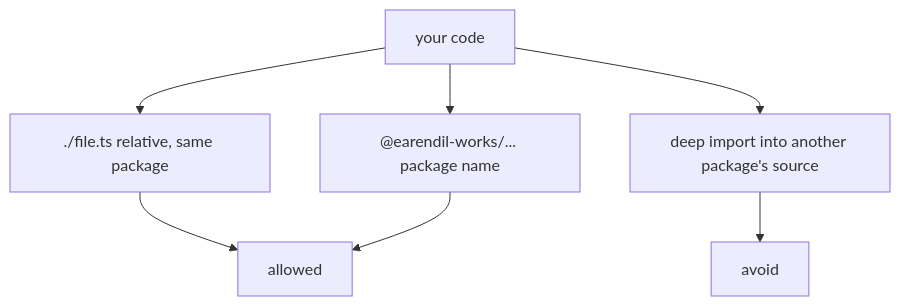
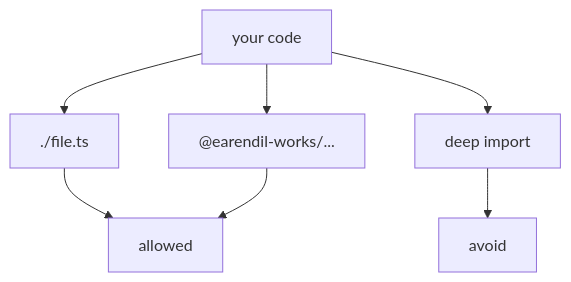
The third of 6 diagrams in developer-guide/17-typescript-foundations-workbook.qmd (lukechen526/pi), drawn with Mermaid before and after one commit. The commit also changed other lines of this file and 5 other files, not shown here.

First line of the commit message:
docs: fix clipped diagrams, truncated code lines, and overlapping table columns in developer guide PDF

````diff
--- a/developer-guide/17-typescript-foundations-workbook.qmd
+++ b/developer-guide/17-typescript-foundations-workbook.qmd
@@ -2086,11 +2086,11 @@
 ```{mermaid}
 %%| label: fig-module-boundaries
 %%| fig-cap: "Three import paths: relative and package-name imports are allowed; deep imports into another package's source are not."
 flowchart TD
-  A["your code"] --> B["./file.ts relative, same package"]
-  A --> C["@earendil-works/... package name"]
-  A --> D["deep import into another package's source"]
+  A["your code"] --> B["./file.ts"]
+  A --> C["@earendil-works/..."]
+  A --> D["deep import"]
   B --> E["allowed"]
   C --> E
   D --> F["avoid"]
 ```
````
